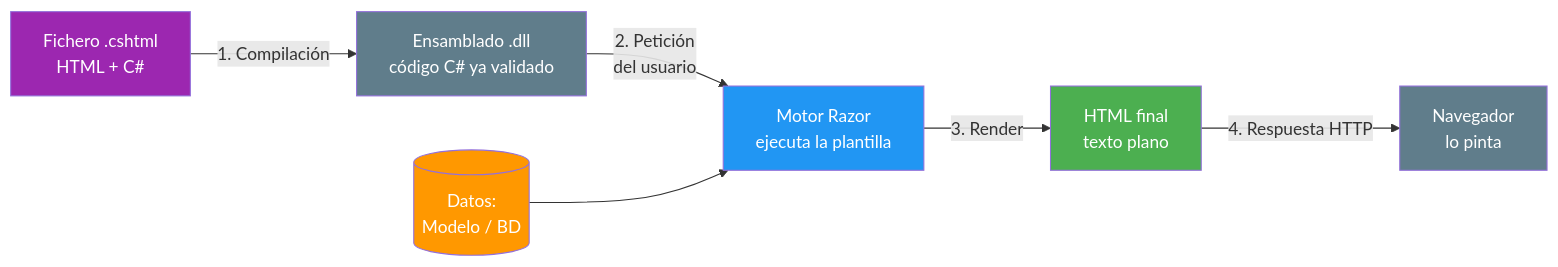
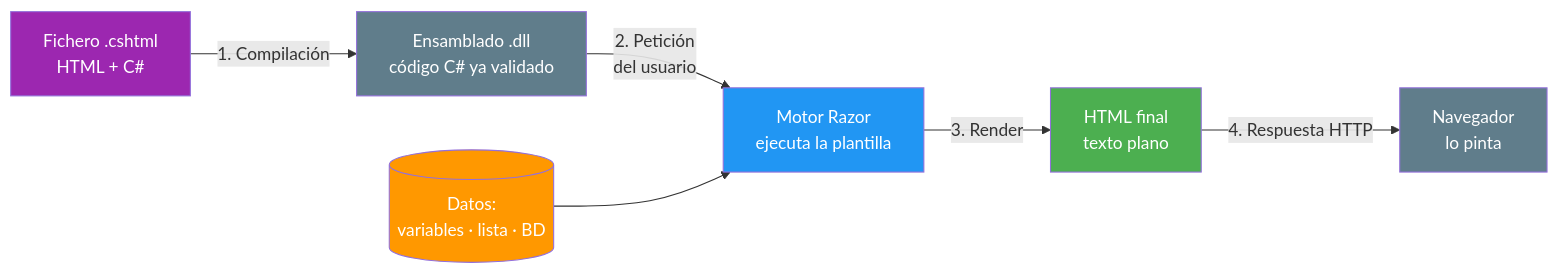
Before and after one commit to joseluisgs/DesarrolloWebEntornosServidor-03-2026-2027: the third of 7 diagrams in 01-razor-fundamentos.md, drawn with Mermaid. The commit also changed other lines of this file, not shown here.

````diff
--- a/01-razor-fundamentos.md
+++ b/01-razor-fundamentos.md
@@ -191,15 +194,15 @@
 ```mermaid
 graph LR
     A["Fichero .cshtml<br/>HTML + C#"] -->|"1. Compilación"| B["Ensamblado .dll<br/>código C# ya validado"]
     B -->|"2. Petición<br/>del usuario"| C["Motor Razor<br/>ejecuta la plantilla"]
-    D[("Datos:<br/>Modelo / BD")] --> C
+    D[("Datos:<br/>variables · lista · BD")] --> C
     C -->|"3. Render"| E["HTML final<br/>texto plano"]
     E -->|"4. Respuesta HTTP"| F["Navegador<br/>lo pinta"]
 
     style A fill:#9C27B0,color:#fff
     style B fill:#607D8B,color:#fff
     style C fill:#2196F3,color:#fff
     style D fill:#FF9800,color:#fff
     style E fill:#4CAF50,color:#fff
     style F fill:#607D8B,color:#fff
 ```
````
